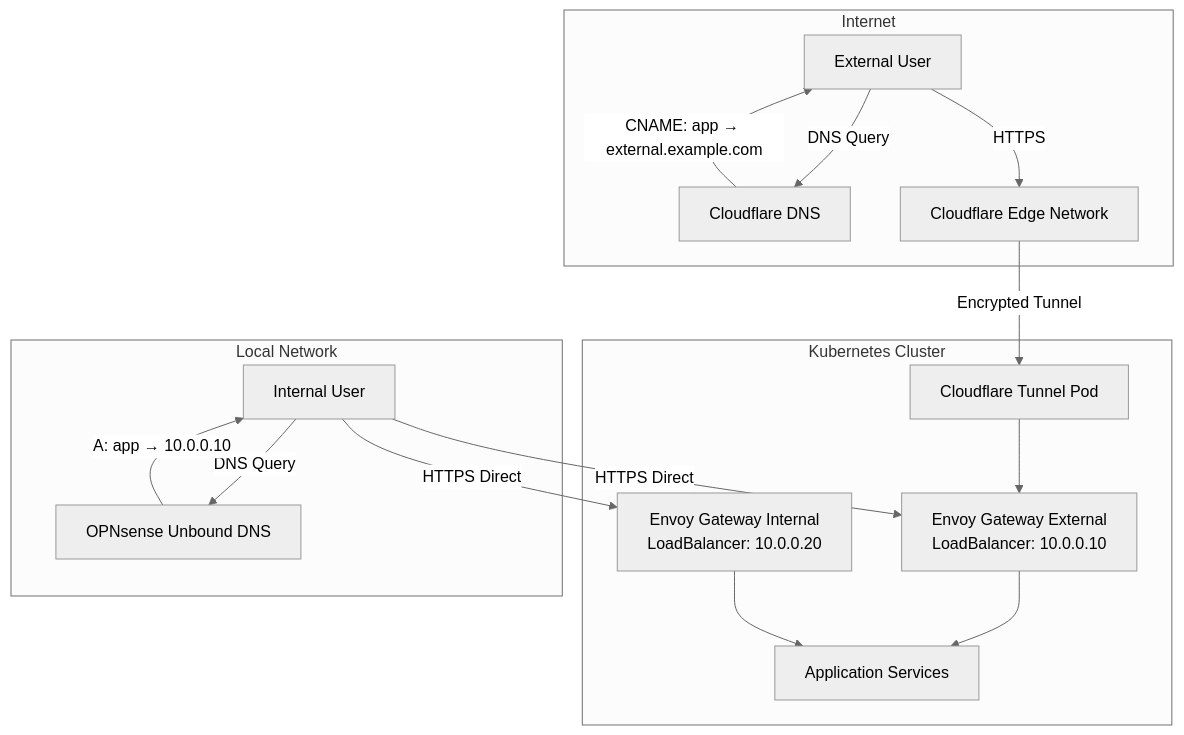
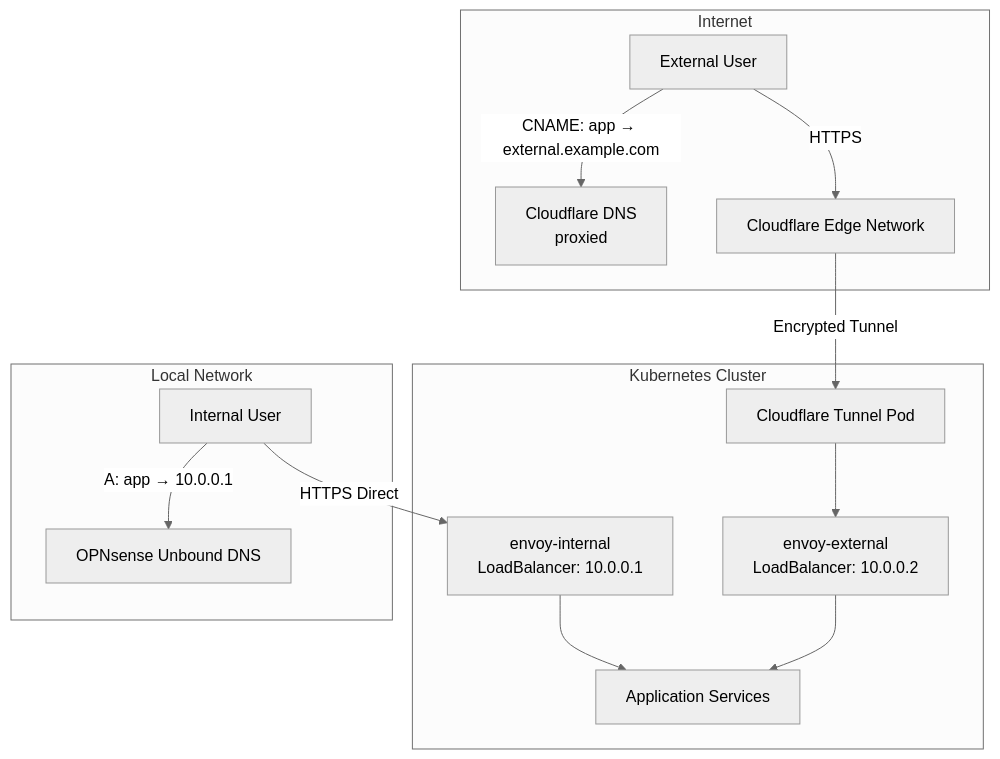
The first of 6 diagrams in docs/docs/architecture/split-dns.md (LukeEvansTech/talos-cluster), drawn with Mermaid (neutral theme) before and after one commit. The commit also changed other lines of this file and 28 other files, not shown here.

````diff
--- a/docs/docs/architecture/split-dns.md
+++ b/docs/docs/architecture/split-dns.md
@@ -20,33 +24,30 @@
 ```mermaid
 graph TB
     subgraph Internet
         User[External User]
-        CF[Cloudflare DNS]
+        CF[Cloudflare DNS<br/>proxied]
         CFEdge[Cloudflare Edge Network]
     end
 
     subgraph "Kubernetes Cluster"
         CFTunnel[Cloudflare Tunnel Pod]
-        EnvoyExt[Envoy Gateway External<br/>LoadBalancer: 10.0.0.10]
-        EnvoyInt[Envoy Gateway Internal<br/>LoadBalancer: 10.0.0.20]
+        EnvoyExt[envoy-external<br/>LoadBalancer: 10.0.0.2]
+        EnvoyInt[envoy-internal<br/>LoadBalancer: 10.0.0.1]
         Apps[Application Services]
     end
 
     subgraph "Local Network"
         LocalUser[Internal User]
         OPN[OPNsense Unbound DNS]
     end
 
-    User -->|DNS Query| CF
-    CF -->|CNAME: app → external.example.com| User
+    User -->|CNAME: app → external.example.com| CF
     User -->|HTTPS| CFEdge
     CFEdge -->|Encrypted Tunnel| CFTunnel
     CFTunnel --> EnvoyExt
     EnvoyExt --> Apps
 
-    LocalUser -->|DNS Query| OPN
-    OPN -->|A: app → 10.0.0.10| LocalUser
-    LocalUser -->|HTTPS Direct| EnvoyExt
+    LocalUser -->|A: app → 10.0.0.1| OPN
     LocalUser -->|HTTPS Direct| EnvoyInt
     EnvoyInt --> Apps
 ```
````
